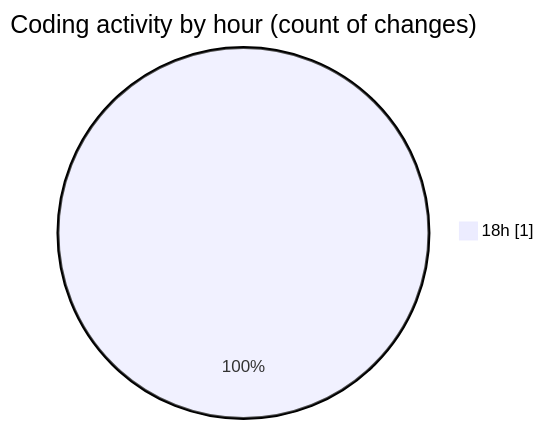
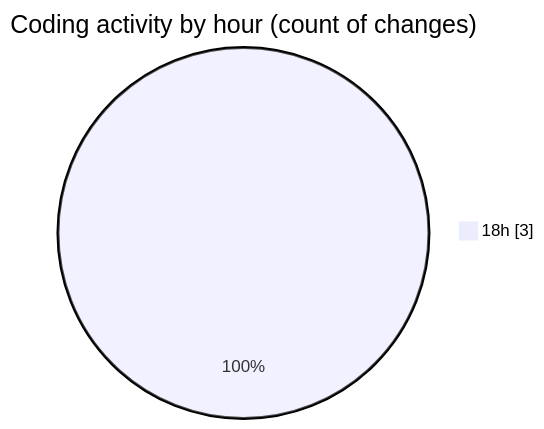
One commit to MatusMokan/code-tracking changed the second of 2 diagrams in 2025-03-20/myws__workspace_/README.md. Above: the diagram before and after it, drawn with Mermaid. The commit also changed other lines of this file and 1 other file, not shown here.

````diff
--- a/2025-03-20/myws__workspace_/README.md
+++ b/2025-03-20/myws__workspace_/README.md
@@ -28,5 +30,5 @@
 ```mermaid
 pie showData
 title Coding activity by hour (count of changes)
-"18h" : 1
+"18h" : 3
 ```
````
